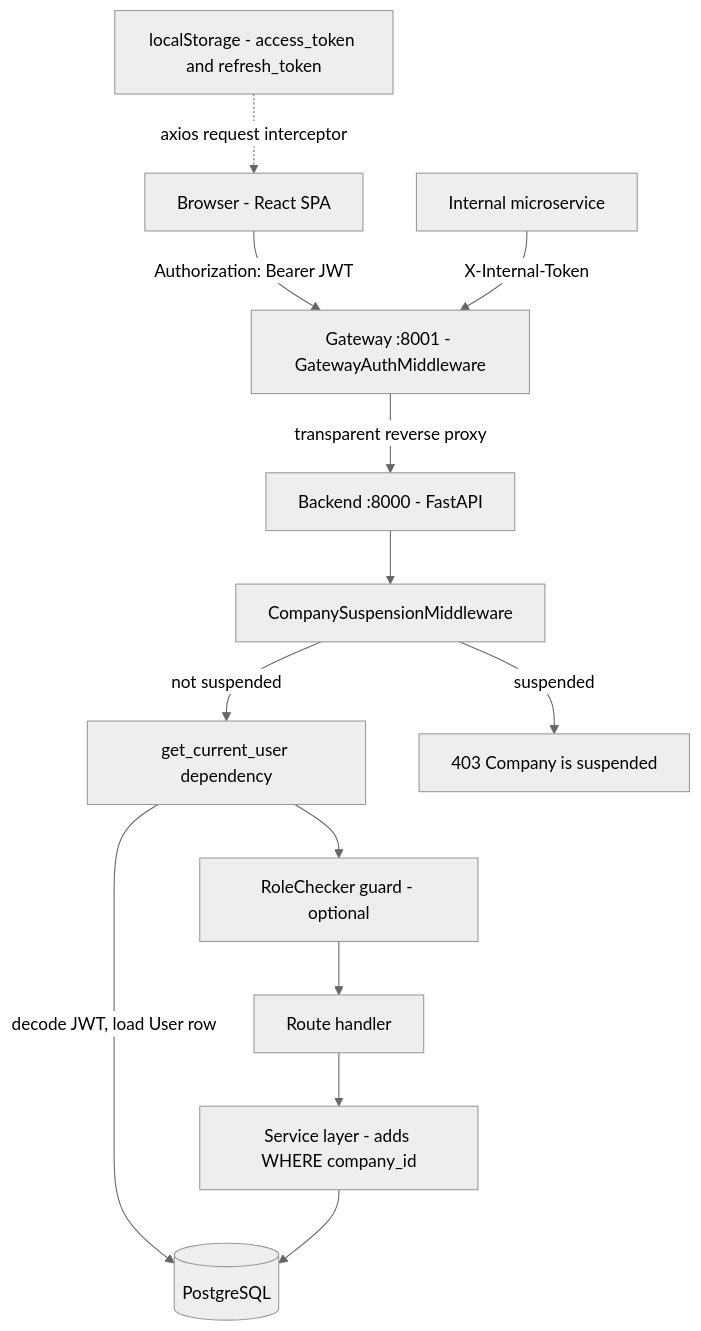
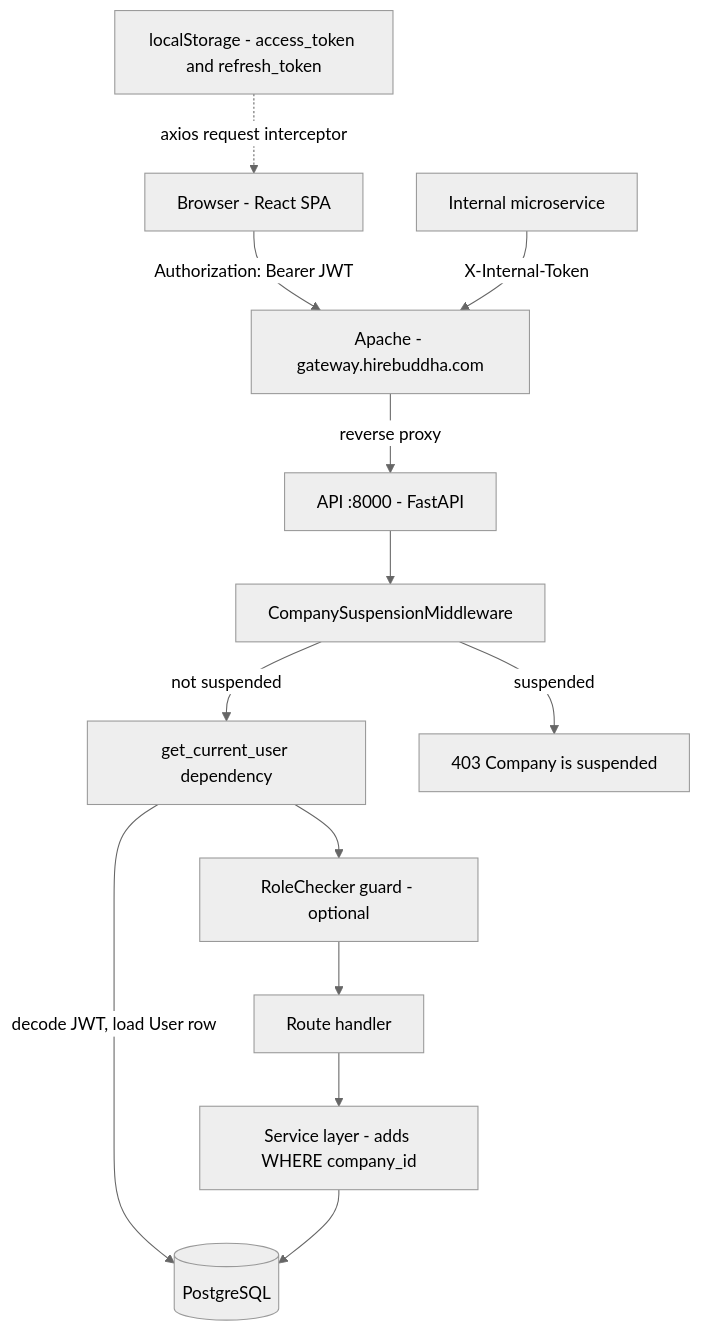
The first of 21 diagrams in docs/current/04-auth-rbac-tenancy.md (gondolerahul/hire-buddha-app), drawn with Mermaid (neutral theme) before and after one commit. The commit also changed other lines of this file and 61 other files, not shown here.

````diff
--- a/docs/current/04-auth-rbac-tenancy.md
+++ b/docs/current/04-auth-rbac-tenancy.md
@@ -41,28 +41,28 @@
 ```mermaid
 flowchart TD
     Browser["Browser - React SPA"]
     LS["localStorage - access_token and refresh_token"]
-    GW["Gateway :8001 - GatewayAuthMiddleware"]
-    BE["Backend :8000 - FastAPI"]
+    GW["Apache - gateway.hirebuddha.com"]
+    BE["API :8000 - FastAPI"]
     SUSP["CompanySuspensionMiddleware"]
     DEP["get_current_user dependency"]
     ROLE["RoleChecker guard - optional"]
     HANDLER["Route handler"]
     SVC["Service layer - adds WHERE company_id"]
     DB[("PostgreSQL")]
 
     Browser -->|"Authorization: Bearer JWT"| GW
     LS -.->|"axios request interceptor"| Browser
-    GW -->|"transparent reverse proxy"| BE
+    GW -->|"reverse proxy"| BE
     BE --> SUSP
     SUSP -->|"not suspended"| DEP
     SUSP -->|"suspended"| Blocked403["403 Company is suspended"]
     DEP -->|"decode JWT, load User row"| DB
     DEP --> ROLE
     ROLE --> HANDLER
     HANDLER --> SVC
     SVC --> DB
 
     INT["Internal microservice"]
     INT -->|"X-Internal-Token"| GW
 ```
````
